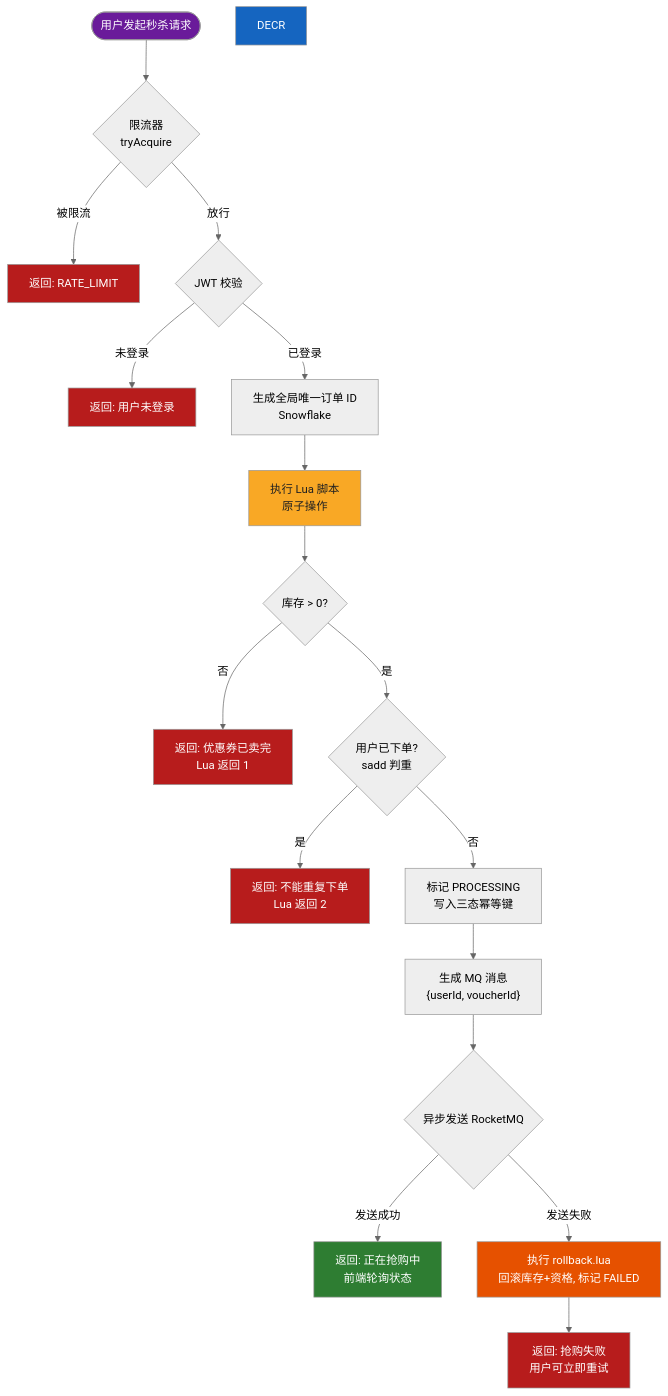
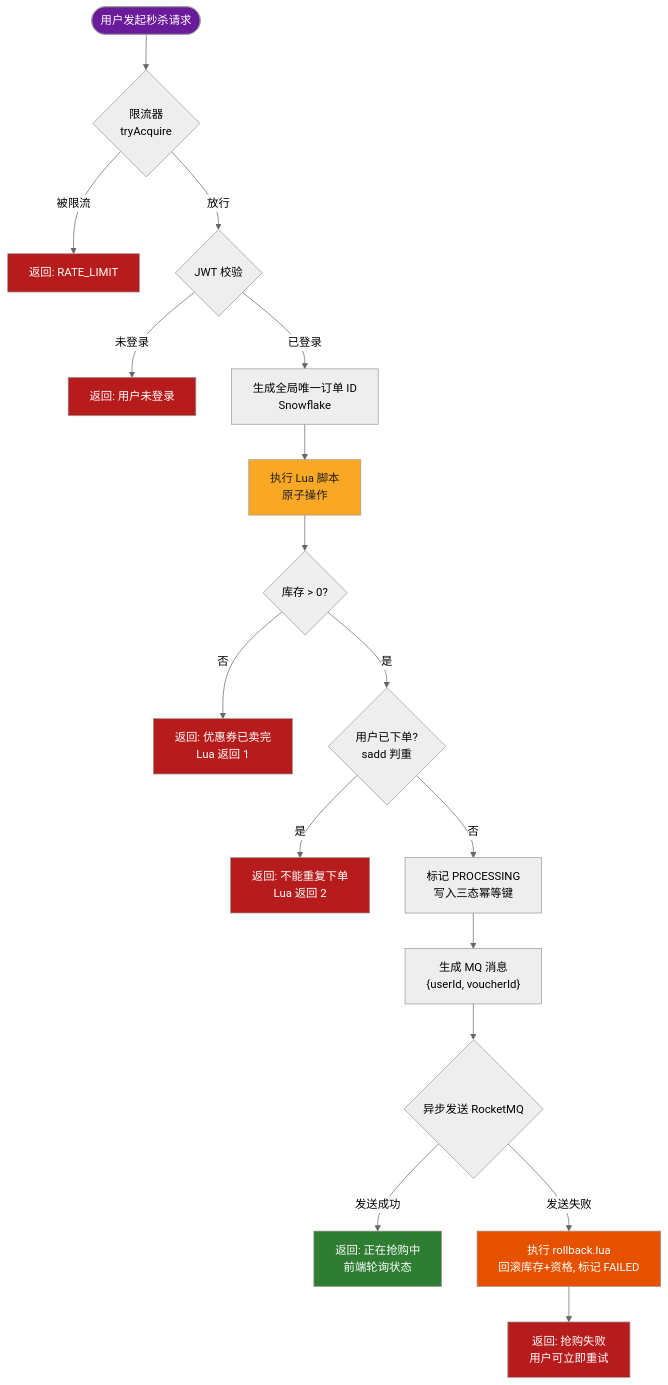
Before and after one commit to Shardkiht/FlashDeal: the second of 3 diagrams in README.md, drawn with Mermaid (neutral theme). The commit also changed other lines of this file and 10 other files, not shown here.

````diff
--- a/README.md
+++ b/README.md
@@ -179,31 +179,30 @@
 ```mermaid
 flowchart TD
     START([用户发起秒杀请求]) --> LIMIT{限流器<br/>tryAcquire}
     LIMIT -->|被限流| R1[返回: RATE_LIMIT]
     LIMIT -->|放行| AUTH{JWT 校验}
     AUTH -->|未登录| R2[返回: 用户未登录]
     AUTH -->|已登录| GEN[生成全局唯一订单 ID<br/>Snowflake]
 
     GEN --> LUA[执行 Lua 脚本<br/>原子操作]
     LUA --> CHECK1{库存 > 0?}
     CHECK1 -->|否| R3[返回: 优惠券已卖完<br/>Lua 返回 1]
     CHECK1 -->|是| CHECK2{用户已下单?<br/>sadd 判重}
     CHECK2 -->|是| R4[返回: 不能重复下单<br/>Lua 返回 2]
     CHECK2 -->|否| MARK[标记 PROCESSING<br/>写入三态幂等键]
     MARK --> MSG["生成 MQ 消息<br/>{userId, voucherId}"]
     MSG --> MQ{异步发送 RocketMQ}
     MQ -->|发送成功| OK[返回: 正在抢购中<br/>前端轮询状态]
     MQ -->|发送失败| ROLLBACK[执行 rollback.lua<br/>回滚库存+资格, 标记 FAILED]
     ROLLBACK --> R5[返回: 抢购失败<br/>用户可立即重试]
 
     style START fill:#6a1b9a,color:#fff
     style OK fill:#2e7d32,color:#fff
     style R1 fill:#b71c1c,color:#fff
     style R2 fill:#b71c1c,color:#fff
     style R3 fill:#b71c1c,color:#fff
     style R4 fill:#b71c1c,color:#fff
     style R5 fill:#b71c1c,color:#fff
     style LUA fill:#f9a825,color:#212121
-    style DECR fill:#1565c0,color:#fff
     style ROLLBACK fill:#e65100,color:#fff
 ```
````
